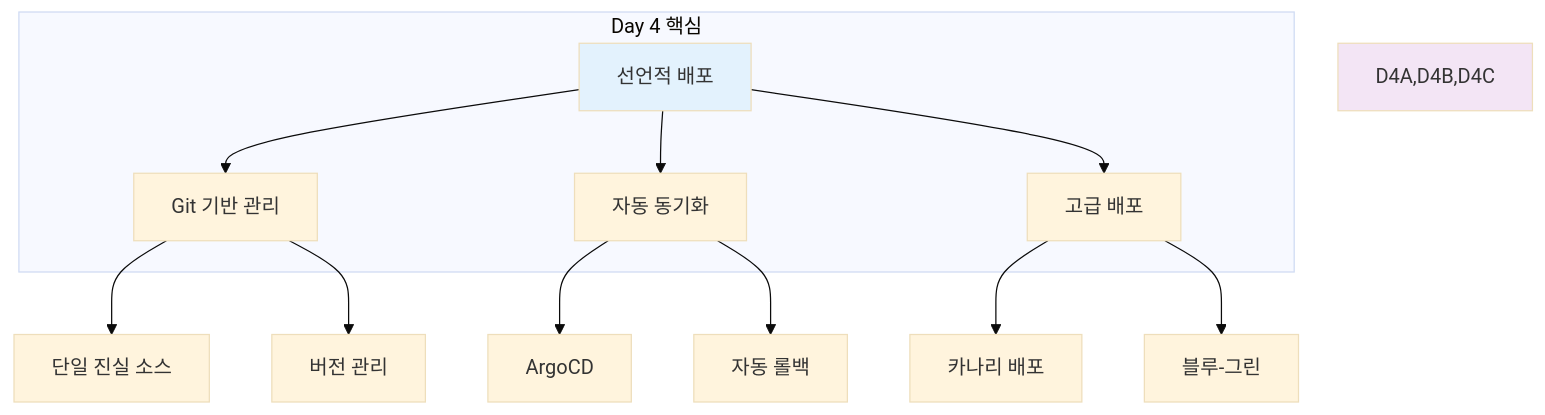
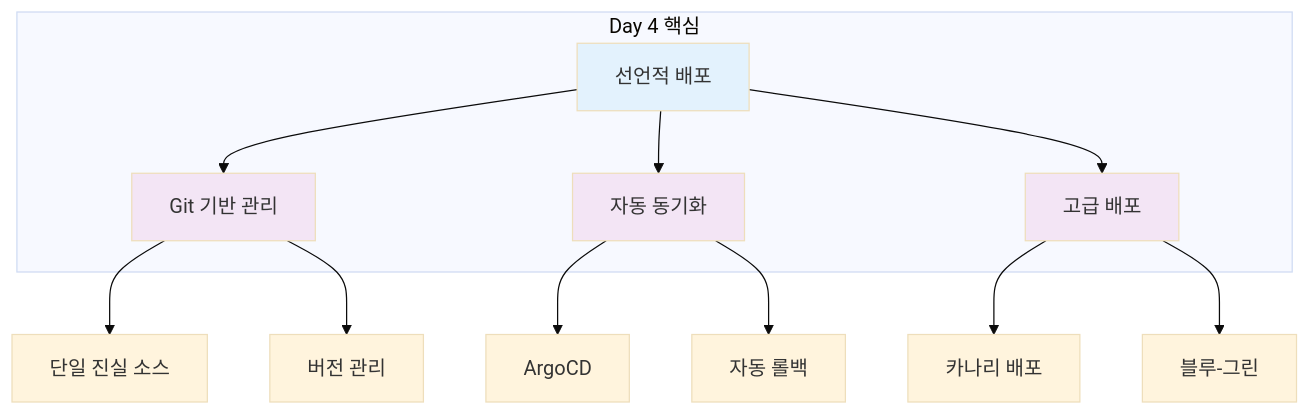
One commit to niceguy61/kdt_devops_lecture_2025 changed the sixth of 8 diagrams in theory/week_04/day5/session_2.md. Above: the diagram before and after it, drawn with Mermaid (base theme). The commit also changed other lines of this file and 2 other files, not shown here.

Commit message:
mermaid style 변경

````diff
--- a/theory/week_04/day5/session_2.md
+++ b/theory/week_04/day5/session_2.md
@@ -259,25 +269,27 @@
 ```mermaid
 graph TB
     subgraph "Day 4 핵심"
         D4[선언적 배포]
         D4A[Git 기반 관리]
         D4B[자동 동기화]
         D4C[고급 배포]
     end
     
     D4 --> D4A
     D4 --> D4B
     D4 --> D4C
     
     D4A --> D4A1[단일 진실 소스]
     D4A --> D4A2[버전 관리]
     
     D4B --> D4B1[ArgoCD]
     D4B --> D4B2[자동 롤백]
     
     D4C --> D4C1[카나리 배포]
     D4C --> D4C2[블루-그린]
     
     style D4 fill:#e3f2fd
-    style D4A,D4B,D4C fill:#f3e5f5
+    style D4A fill:#f3e5f5
+    style D4B fill:#f3e5f5
+    style D4C fill:#f3e5f5
 ```
````
